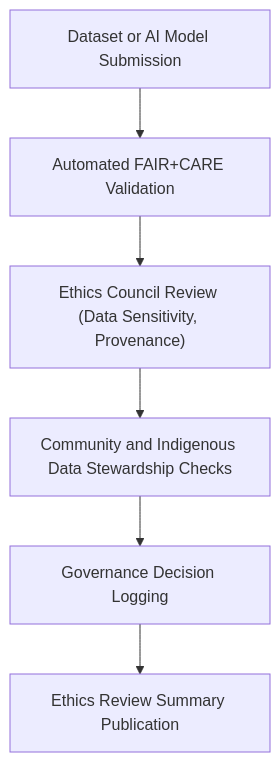
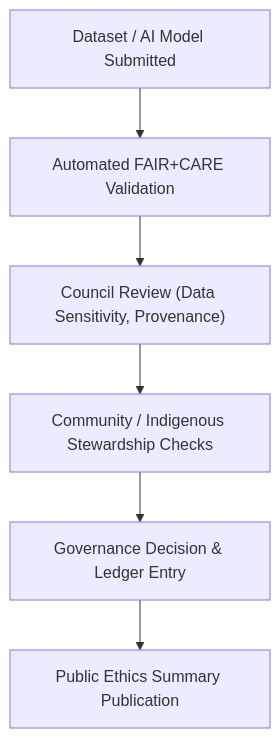
One commit to bartytime4life/Kansas-Frontier-Matrix changed the diagram in data/reports/fair/ethics_review_summary.md. Above: the diagram before and after it, drawn with Mermaid. The commit also changed other lines of this file, not shown here.

````diff
--- a/data/reports/fair/ethics_review_summary.md
+++ b/data/reports/fair/ethics_review_summary.md
@@ -45,8 +51,8 @@
 ```mermaid
 flowchart TD
-  A["Dataset or AI Model Submission"] --> B["Automated FAIR+CARE Validation"]
-  B --> C["Ethics Council Review (Data Sensitivity, Provenance)"]
-  C --> D["Community and Indigenous Data Stewardship Checks"]
-  D --> E["Governance Decision Logging"]
-  E --> F["Ethics Review Summary Publication"]
+  A["Dataset / AI Model Submitted"] --> B["Automated FAIR+CARE Validation"]
+  B --> C["Council Review (Data Sensitivity, Provenance)"]
+  C --> D["Community / Indigenous Stewardship Checks"]
+  D --> E["Governance Decision & Ledger Entry"]
+  E --> F["Public Ethics Summary Publication"]
 ```
````
